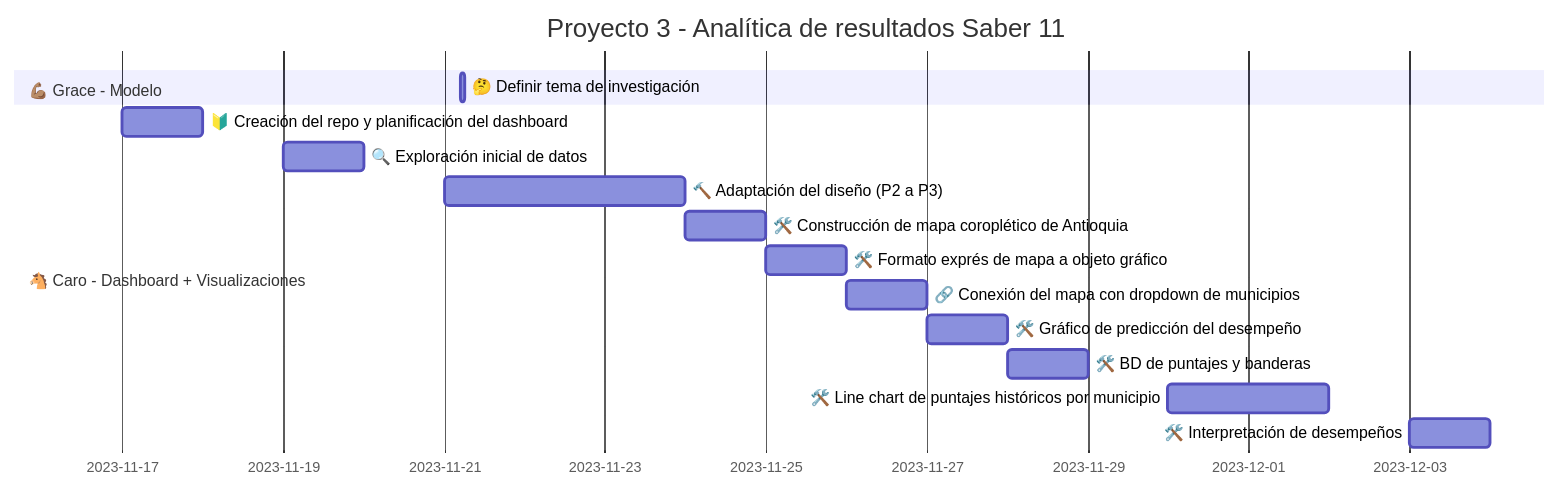
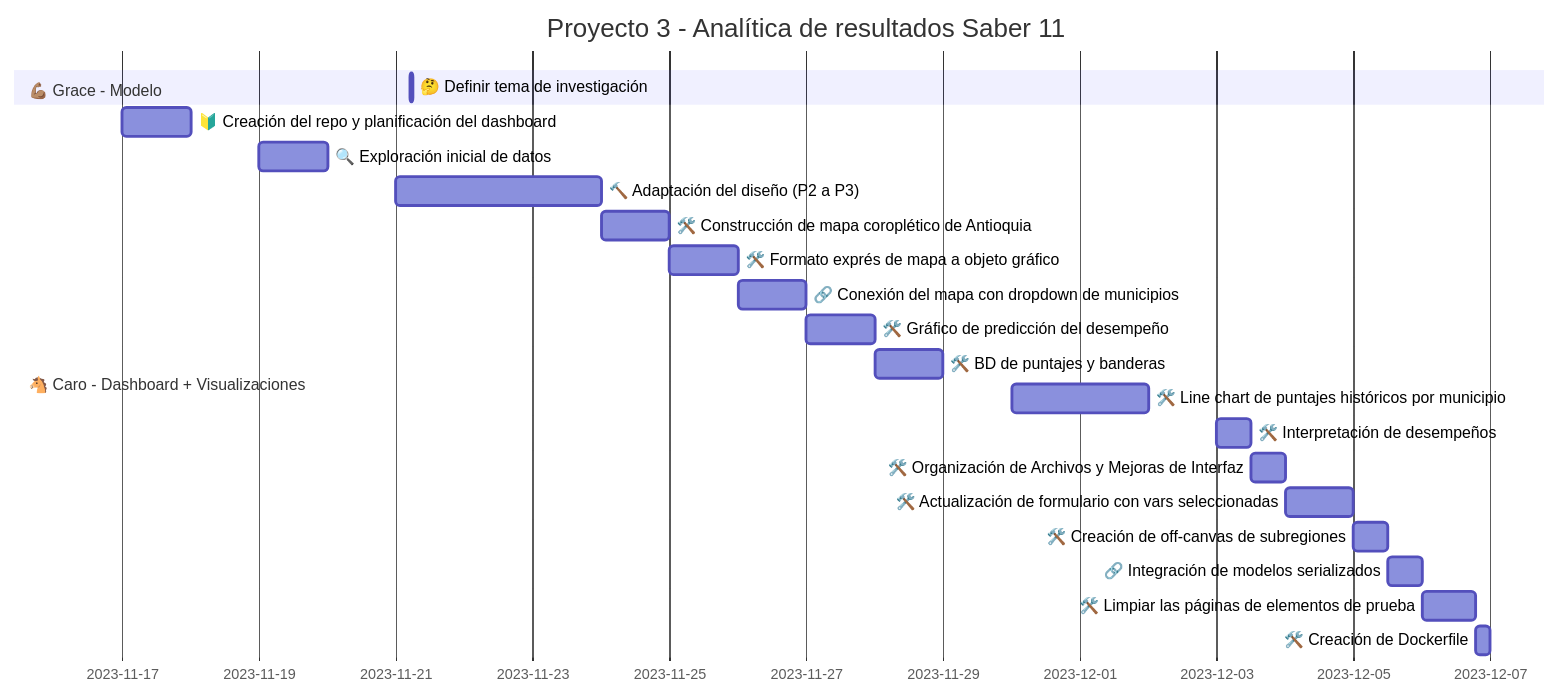
The diagram in README.md (zcrodriguez/AC_SABER11_P3), drawn with Mermaid before and after one commit. The commit also changed other lines of this file and 12 other files, not shown here.

````diff
--- a/README.md
+++ b/README.md
@@ -5,18 +5,24 @@
 ```mermaid
 gantt
     title Proyecto 3 - Analítica de resultados Saber 11
     dateFormat  YYYY-MM-DD
     section 💪🏽 Grace - Modelo
     🤔 Definir tema de investigación:2023-11-21 5:00,1h
     section 🐴 Caro - Dashboard + Visualizaciones
     🔰 Creación del repo y planificación del dashboard: 2023-11-17, 1d
     🔍 Exploración inicial de datos: 2023-11-19, 1d
     🔨 Adaptación del diseño (P2 a P3): 2023-11-21, 72h
     🛠️ Construcción de mapa coroplético de Antioquia: 2023-11-24, 24h
     🛠️ Formato exprés de mapa a objeto gráfico: 2023-11-25, 1d
     🔗 Conexión del mapa con dropdown de municipios: 2023-11-26, 1d
     🛠️ Gráfico de predicción del desempeño: 2023-11-27, 1d
     🛠️ BD de puntajes y banderas: 2023-11-28, 1d
     🛠️ Line chart de puntajes históricos por municipio: 2023-11-30, 2d
-    🛠️ Interpretación de desempeños:2023-12-3,1d
+    🛠️ Interpretación de desempeños:2023-12-3, 12h
+    🛠️ Organización de Archivos y Mejoras de Interfaz: 2023-12-3 12:00, 12h
+    🛠️ Actualización de formulario con vars seleccionadas: 2023-12-4, 1d
+    🛠️ Creación de off-canvas de subregiones: 2023-12-5, 12h
+    🔗 Integración de modelos serializados: 2023-12-5 12:00, 12h
+    🛠️ Limpiar las páginas de elementos de prueba: 2023-12-6, 19h
+    🛠️ Creación de Dockerfile: 2023-12-6 19:00, 5h
 ```
````
